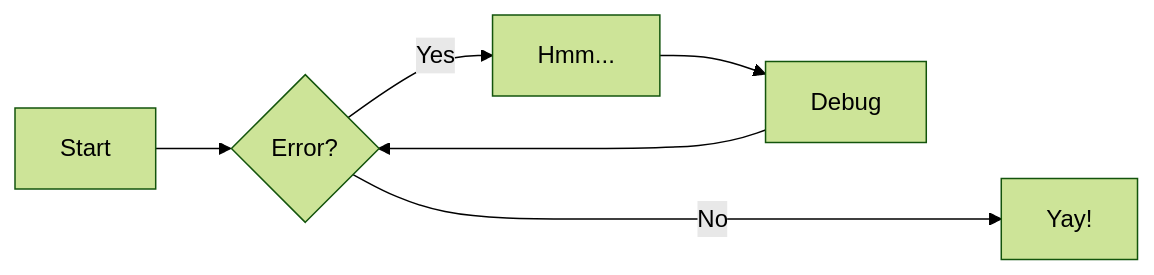
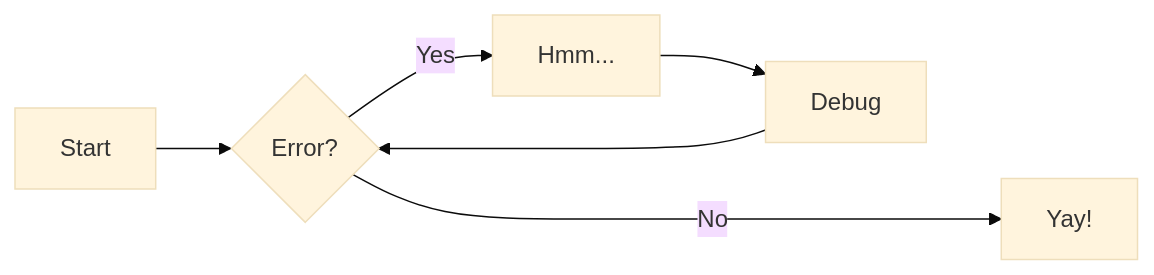
One commit to svkaizoku/github-tasks changed the first of 6 diagrams in movie/backstage/docs/index.md. Above: the diagram before and after it, drawn with Mermaid.

````diff
--- a/movie/backstage/docs/index.md
+++ b/movie/backstage/docs/index.md
@@ -2,10 +2,10 @@
 ```mermaid
-%%{init: {'theme': 'forest'}}%%
+%%{init: {'theme': 'base'}}%%
 
 graph LR
   A[Start] --> B{Error?};
   B -->|Yes| C[Hmm...];
   C --> D[Debug];
   D --> B;
   B ---->|No| E[Yay!];
 ```
````
